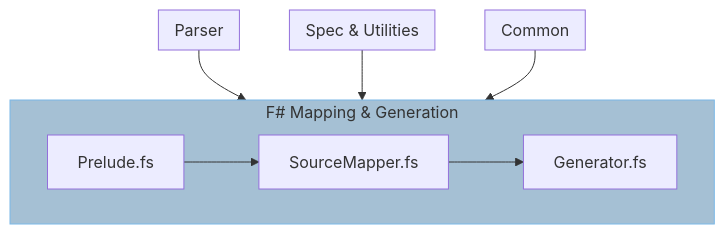
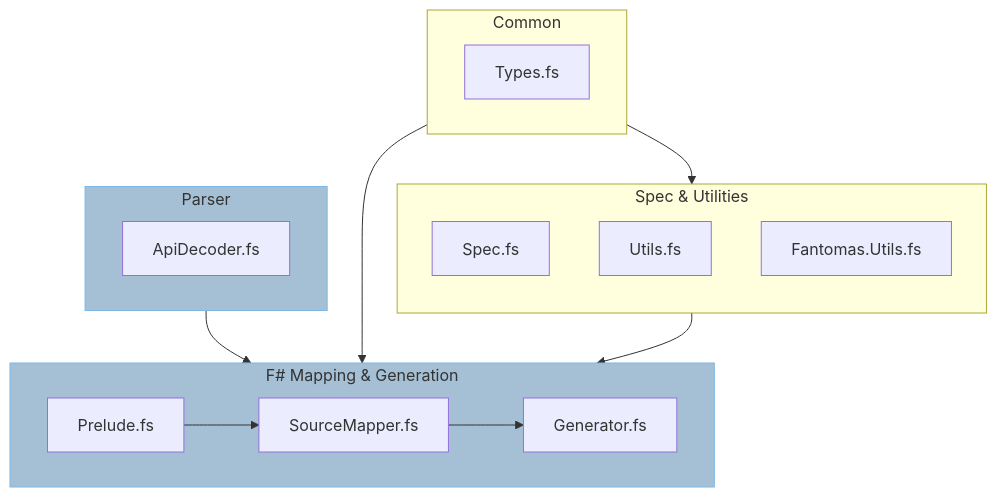
One commit to fable-hub/Fable.Electron changed the first of 2 diagrams in docs/docs/dev/generator/README.md. Above: the diagram before and after it, drawn with Mermaid. The commit also changed other lines of this file and 63 other files, not shown here.

````diff
--- a/docs/docs/dev/generator/README.md
+++ b/docs/docs/dev/generator/README.md
@@ -7,20 +5,28 @@
 ```mermaid
 flowchart 
     subgraph Parser
+      ApiDecoder.fs
     end
     subgraph Common
+        Types.fs
     end
     subgraph spec ["Spec & Utilities"]
+        direction TB
+        Spec.fs
+        Utils.fs
+        Fantomas.Utils.fs
     end
     subgraph source ["F# Mapping & Generation"]
       Prelude.fs
       SourceMapper.fs
       Generator.fs
     end
     Parser --> source
     Prelude.fs --> SourceMapper.fs
     SourceMapper.fs --> Generator.fs
     spec --> source
     Common --> source
+    Common --> Fantomas.Utils.fs
     style source fill:#a5c0d4,stroke:#7bb8e7
+    style Parser fill:#a5c0d4,stroke:#7bb8e7
 ```
````
